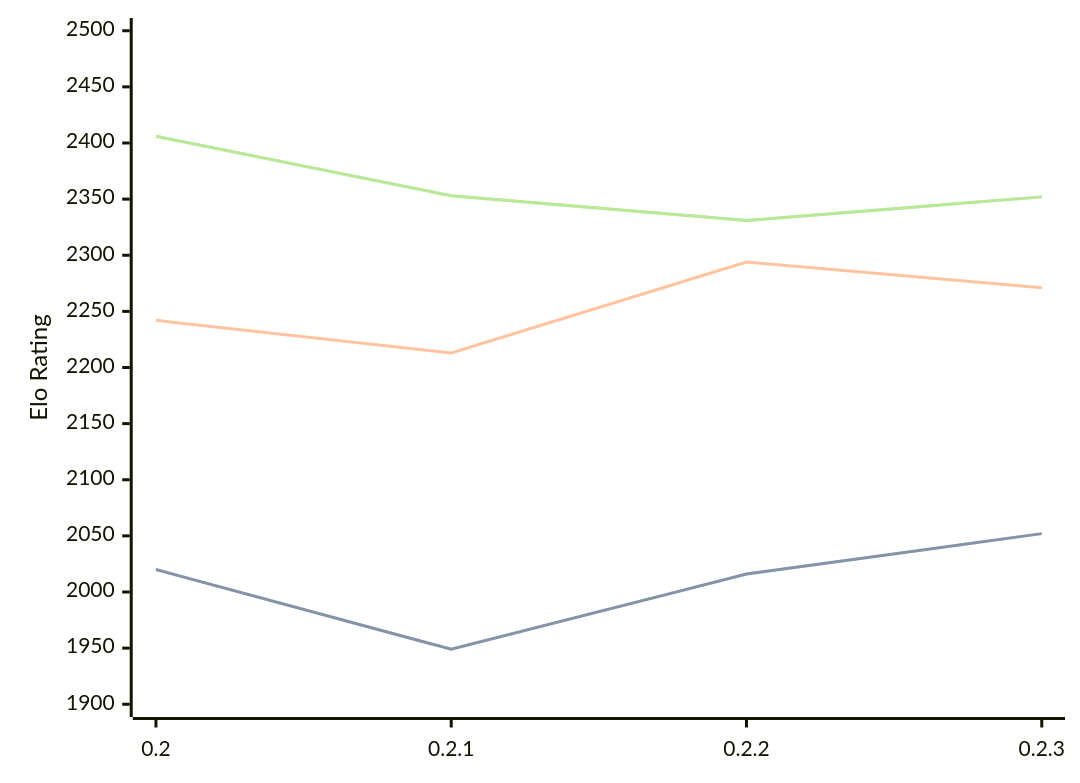
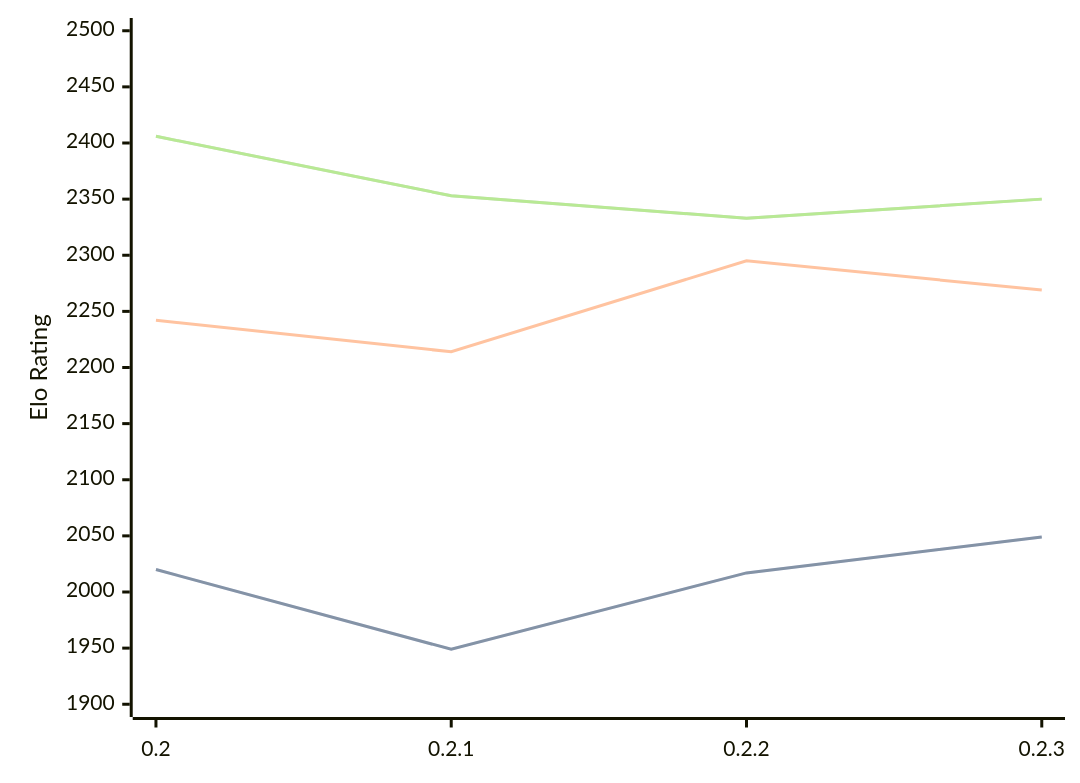
Before and after one commit to computer-chess-index/cci: the diagram in engines/Lolbot.md, drawn with Mermaid. The commit also changed other lines of this file, not shown here.

Commit message:
Update CCI Ratings (ELO VLTC) - 2026-04-13

````diff
--- a/engines/Lolbot.md
+++ b/engines/Lolbot.md
@@ -35,11 +35,11 @@
 ```mermaid
 %%{init: {"theme":"base","themeVariables":{"seriesColors:['#a3a3a3','#222221','#faa371']}}}%%
 xychart-beta
   x-axis ["0.2", "0.2.1", "0.2.2", "0.2.3"]
   y-axis "Elo Rating" 1900 --> 2500
-  line "STC (8.0+0.08s)" [2020, 1949, 2016, 2052]
-  line "STC (8.0+0.08s)" [2020, 1949, 2016, 2052]
-  line "LTC (60.0+0.60s)" [2242, 2213, 2294, 2271]
-  line "VLTC (2m24s+1.12s)" [2406, 2353, 2331, 2352]
-  line "VLTC (2m24s+1.12s)" [2406, 2353, 2331, 2352]
+  line "STC (8.0+0.08s)" [2020, 1949, 2017, 2049]
+  line "STC (8.0+0.08s)" [2020, 1949, 2017, 2049]
+  line "LTC (60.0+0.60s)" [2242, 2214, 2295, 2269]
+  line "VLTC (2m24s+1.12s)" [2406, 2353, 2333, 2350]
+  line "VLTC (2m24s+1.12s)" [2406, 2353, 2333, 2350]
 ```
````
